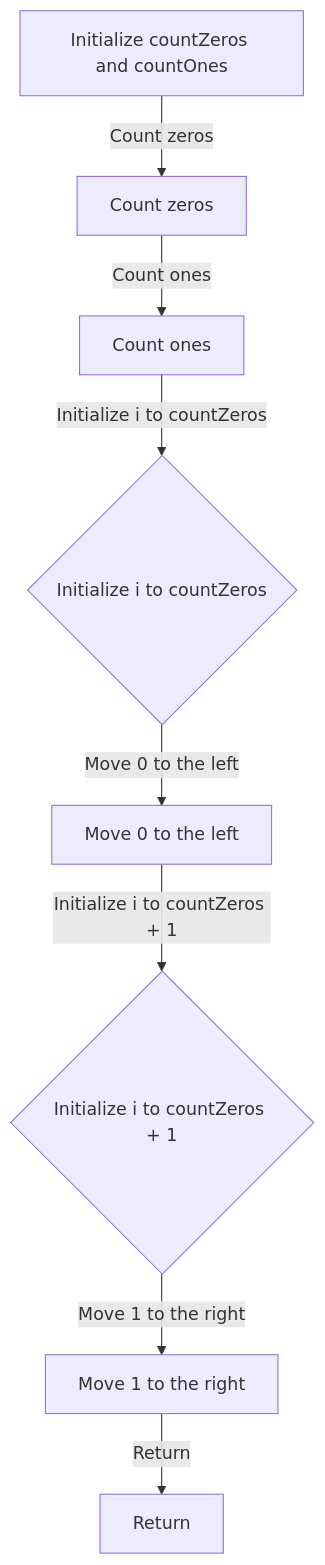
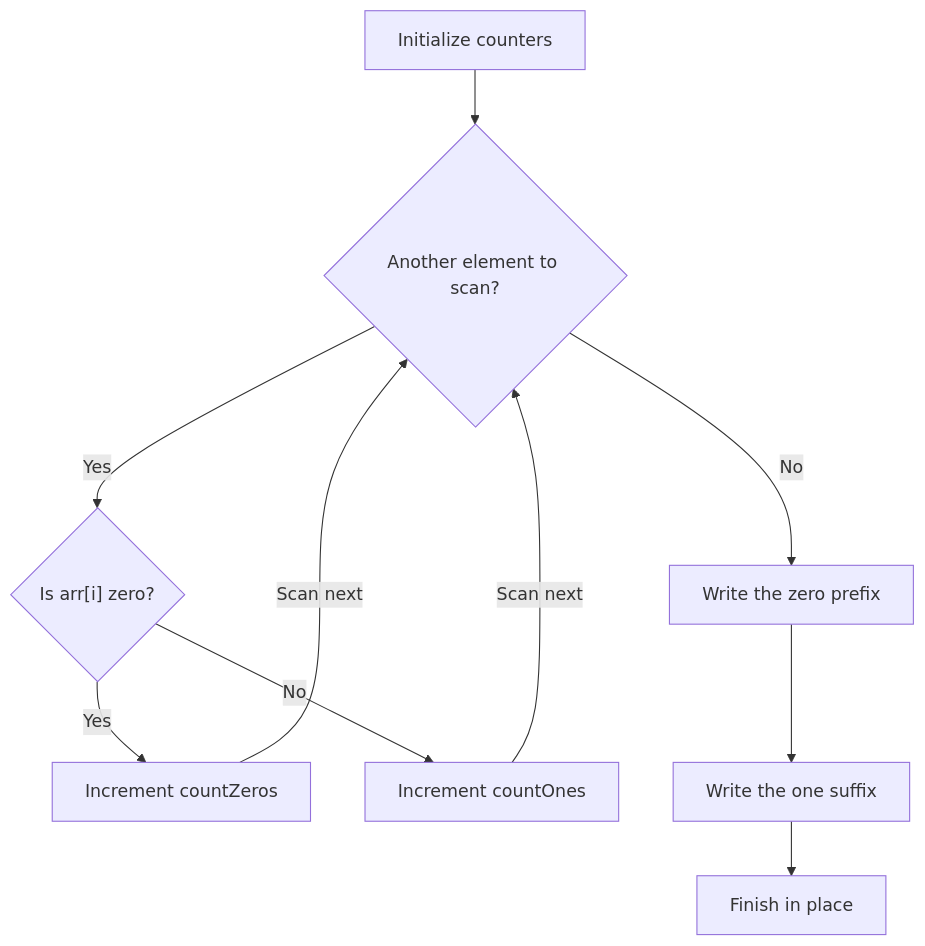
Before and after one commit to bit-by-amit/DSA-Problem: the diagram in solutions/002-rearrange-0-and-1/7fb5f8256fd0f7fd/README.md, drawn with Mermaid. The commit also changed other lines of this file, not shown here.

Commit message:
Correct counting walkthrough and add clickable flowchart

````diff
--- a/solutions/002-rearrange-0-and-1/7fb5f8256fd0f7fd/README.md
+++ b/solutions/002-rearrange-0-and-1/7fb5f8256fd0f7fd/README.md
@@ -56,18 +56,20 @@
 ```mermaid
 flowchart TD
-  N0["Initialize countZeros and countOnes"]
-  N1["Count zeros"]
-  N2["Count ones"]
-  N3{"Initialize i to countZeros"}
-  N4["Move 0 to the left"]
-  N5{"Initialize i to countZeros + 1"}
-  N6["Move 1 to the right"]
-  N7["Return"]
-  N0 -->|"Count zeros"| N1
-  N1 -->|"Count ones"| N2
-  N2 -->|"Initialize i to countZeros"| N3
-  N3 -->|"Move 0 to the left"| N4
-  N4 -->|"Initialize i to countZeros + 1"| N5
-  N5 -->|"Move 1 to the right"| N6
-  N6 -->|"Return"| N7
+  N0["Initialize counters"]
+  N1{"Another element to scan?"}
+  N2{"Is arr#91;i#93; zero?"}
+  N3["Increment countZeros"]
+  N4["Increment countOnes"]
+  N5["Write the zero prefix"]
+  N6["Write the one suffix"]
+  N7["Finish in place"]
+  N0 --> N1
+  N1 -->|"Yes"| N2
+  N1 -->|"No"| N5
+  N2 -->|"Yes"| N3
+  N2 -->|"No"| N4
+  N3 -->|"Scan next"| N1
+  N4 -->|"Scan next"| N1
+  N5 --> N6
+  N6 --> N7
 ```
````
